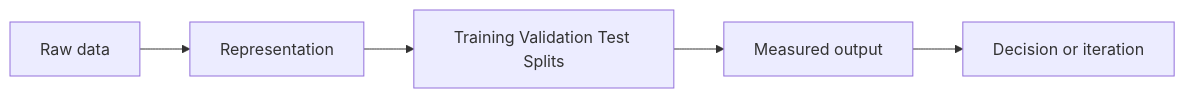
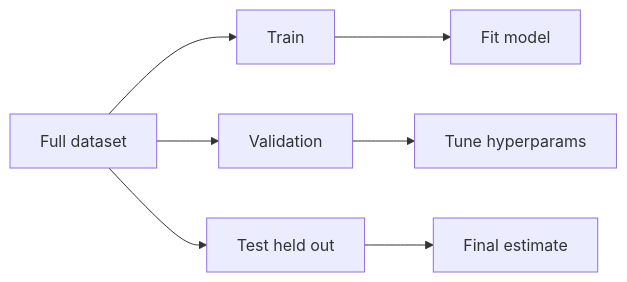
One commit to Icon1cc/Machine-Learning changed the diagram in fundamentals/04-training-validation-test-splits.md. Above: the diagram before and after it, drawn with Mermaid. The commit also changed other lines of this file and 264 other files, not shown here.

````diff
--- a/fundamentals/04-training-validation-test-splits.md
+++ b/fundamentals/04-training-validation-test-splits.md
@@ -92,7 +63,9 @@
 ```mermaid
 flowchart LR
-    A[Raw data] --> B[Representation]
-    B --> C[Training Validation Test Splits]
-    C --> D[Measured output]
-    D --> E[Decision or iteration]
+    D[Full dataset] --> T[Train]
+    D --> V[Validation]
+    D --> Te[Test held out]
+    T --> M[Fit model]
+    V --> H[Tune hyperparams]
+    Te --> F[Final estimate]
 ```
````
